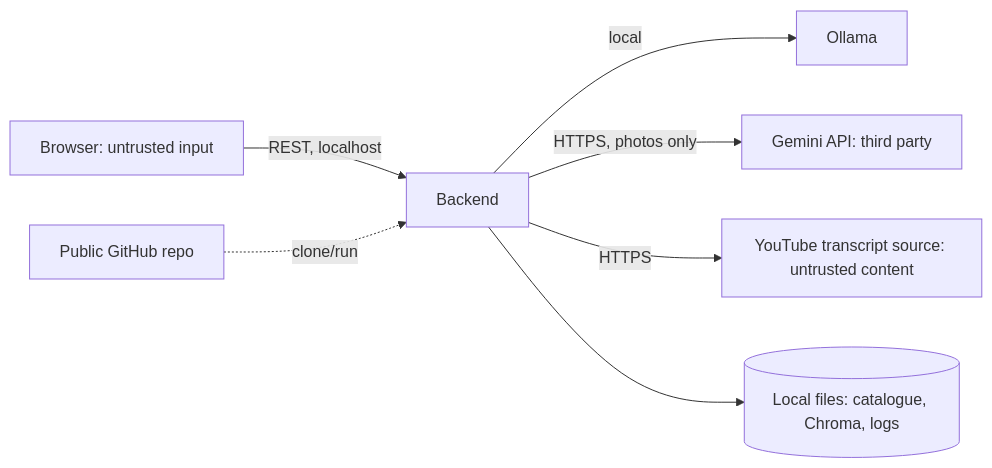
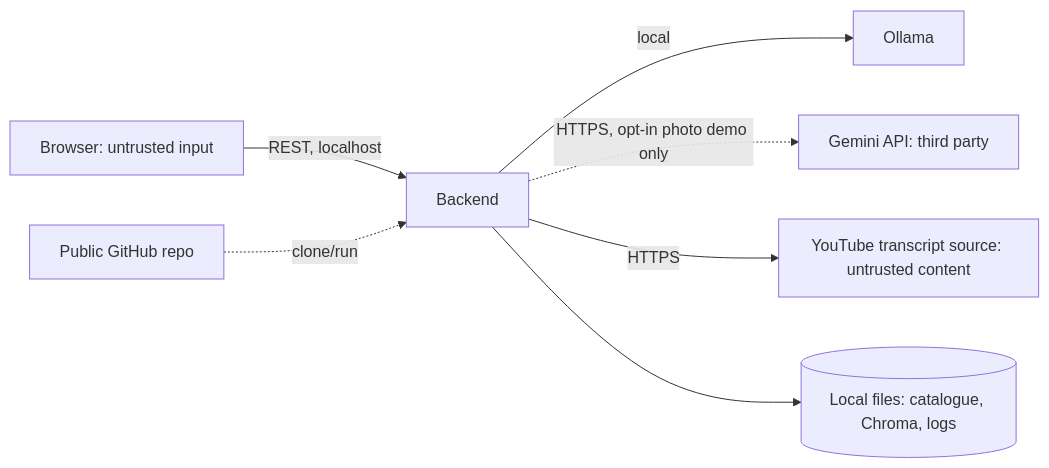
One commit to VarunParikh/zest-sous-chef changed the diagram in docs/epics/zest/design/security-privacy-note.md. Above: the diagram before and after it, drawn with Mermaid. The commit also changed other lines of this file and 19 other files, not shown here.

````diff
--- a/docs/epics/zest/design/security-privacy-note.md
+++ b/docs/epics/zest/design/security-privacy-note.md
@@ -23,9 +23,9 @@
 ```mermaid
 flowchart LR
   B[Browser: untrusted input] -->|REST, localhost| S[Backend]
   S -->|local| O[Ollama]
-  S -->|HTTPS, photos only| G[Gemini API: third party]
+  S -.->|HTTPS, opt-in photo demo only| G[Gemini API: third party]
   S -->|HTTPS| Y[YouTube transcript source: untrusted content]
   S --> F[(Local files: catalogue, Chroma, logs)]
   R[Public GitHub repo] -.clone/run.-> S
 ```
````
